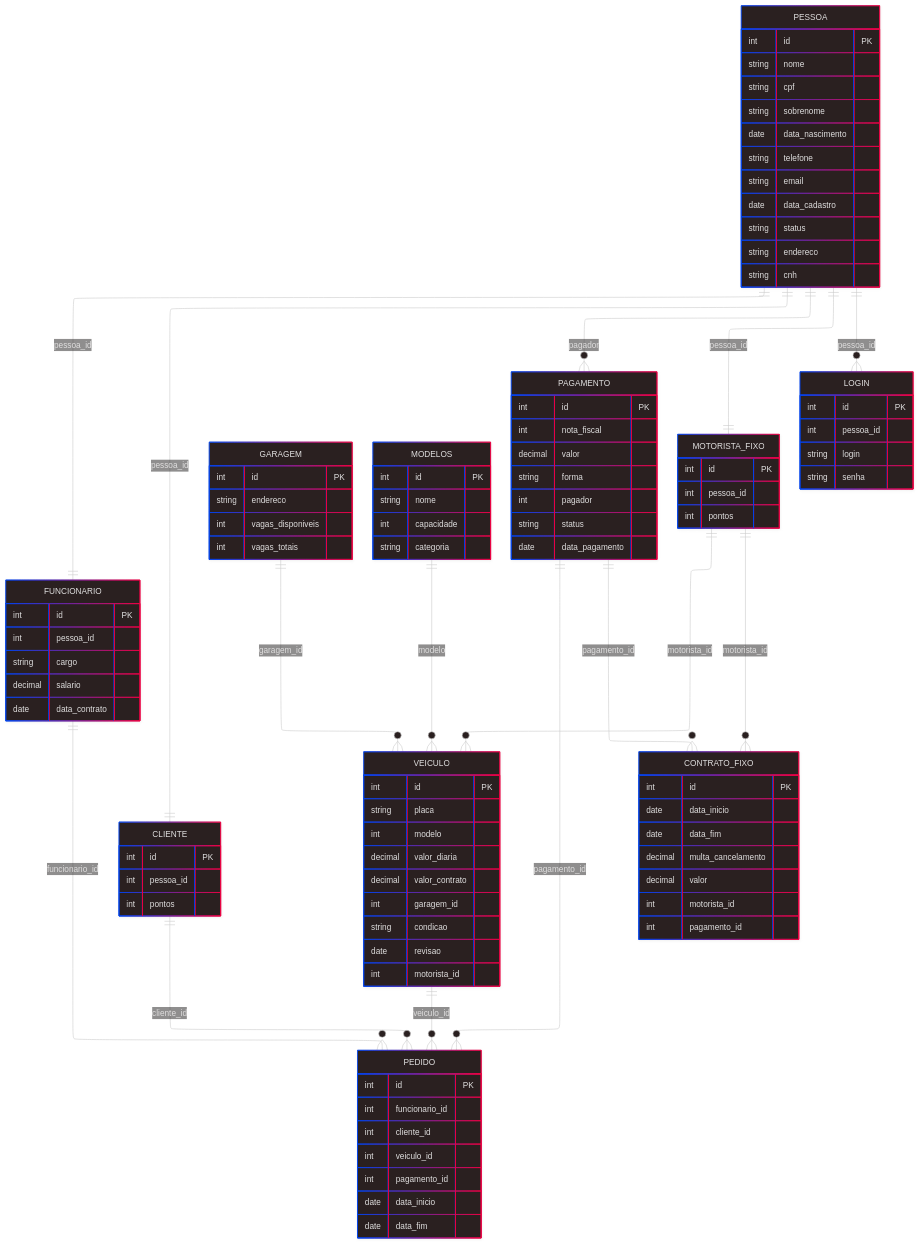
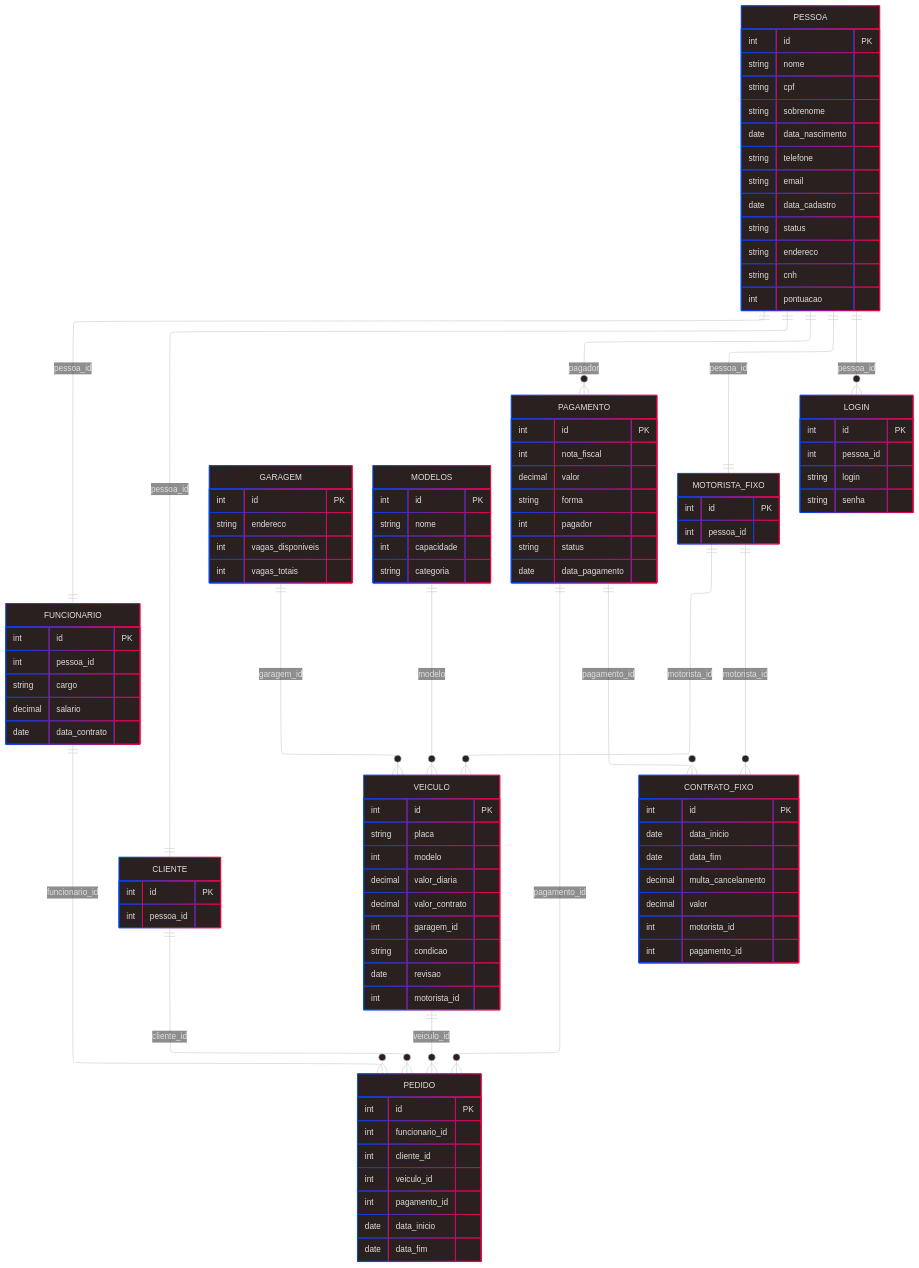
One commit to pedro-tsa/alucar changed the diagram in README.md. Above: the diagram before and after it, drawn with Mermaid.

Commit message:
Update database schema in README
Added 'pontuacao' field to the 'GARAGEM' and removed 'pontos' from 'MOTORISTA_FIXO' and 'CLIENTE'.

```diff
--- a/README.md
+++ b/README.md
@@ -18,6 +18,7 @@
         string status
         string endereco
         string cnh
+        int pontuacao
     }
 
     GARAGEM {
@@ -47,7 +48,6 @@
     MOTORISTA_FIXO {
         int id PK
         int pessoa_id
-        int pontos
     }
 
     FUNCIONARIO {
@@ -61,7 +61,6 @@
     CLIENTE {
         int id PK
         int pessoa_id
-        int pontos
     }
 
     VEICULO {
```
